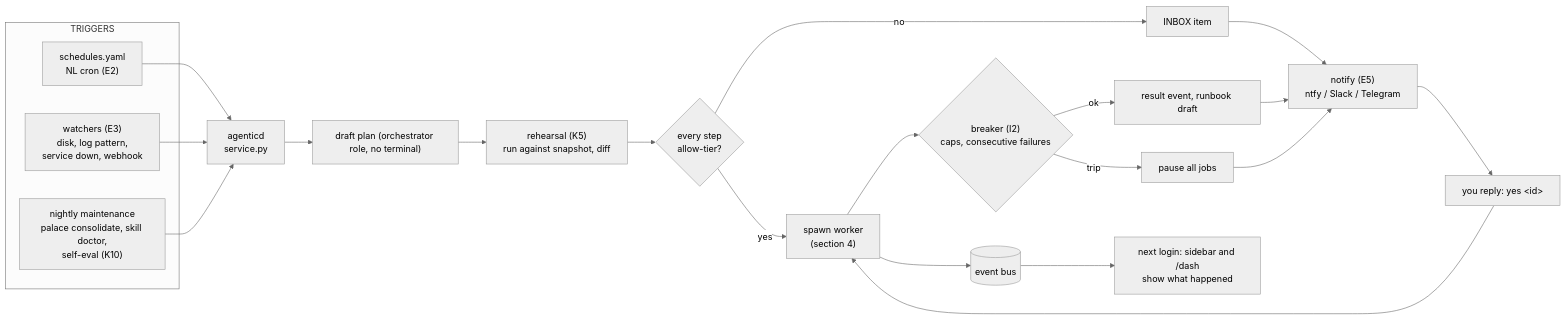
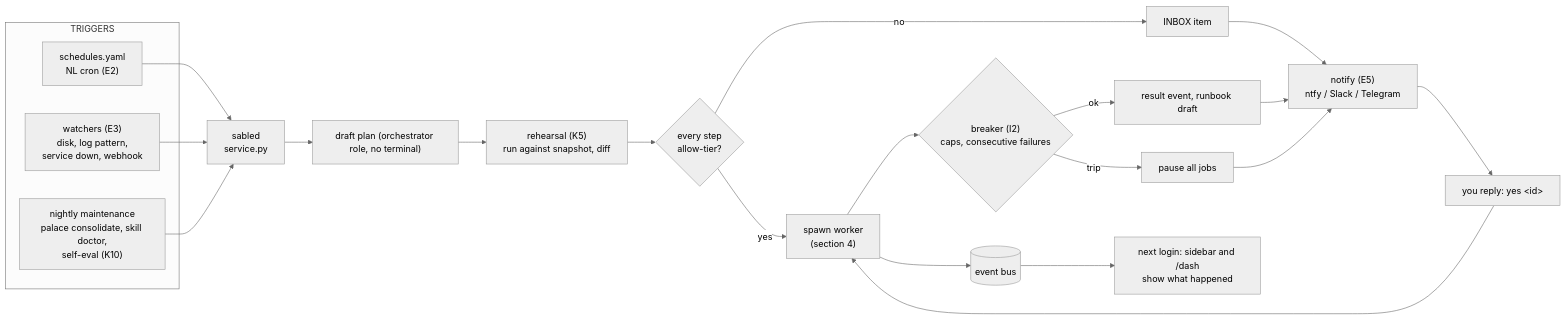
One commit to Parthkomalwad/Agentic_OS changed the seventh of 8 diagrams in docs/architecture-v4.md. Above: the diagram before and after it, drawn with Mermaid (neutral theme). The commit also changed other lines of this file and 42 other files, not shown here.

````diff
--- a/docs/architecture-v4.md
+++ b/docs/architecture-v4.md
@@ -356,23 +356,23 @@
 ```mermaid
 flowchart LR
     subgraph TRIGGERS
         CRON["schedules.yaml<br/>NL cron (E2)"]
         WATCH["watchers (E3)<br/>disk, log pattern,<br/>service down, webhook"]
         MAINT["nightly maintenance<br/>palace consolidate, skill doctor,<br/>self-eval (K10)"]
     end
-    D["agenticd<br/>service.py"]
+    D["sabled<br/>service.py"]
     CRON & WATCH & MAINT --> D
     D --> PLAN["draft plan (orchestrator role, no terminal)"]
     PLAN --> REH["rehearsal (K5)<br/>run against snapshot, diff"]
     REH --> POL{"every step<br/>allow-tier?"}
     POL -->|yes| RUN["spawn worker<br/>(section 4)"]
     POL -->|no| INBOX["INBOX item"]
     RUN --> BRK{"breaker (I2)<br/>caps, consecutive failures"}
     BRK -->|ok| DONE["result event, runbook draft"]
     BRK -->|trip| PAUSE["pause all jobs"]
     INBOX & DONE & PAUSE --> N["notify (E5)<br/>ntfy / Slack / Telegram"]
     N --> PHONE["you reply: yes &lt;id&gt;"]
     PHONE --> RUN
     RUN --> BUS[("event bus")]
     BUS --> UI["next login: sidebar and /dash<br/>show what happened"]
 ```
````
